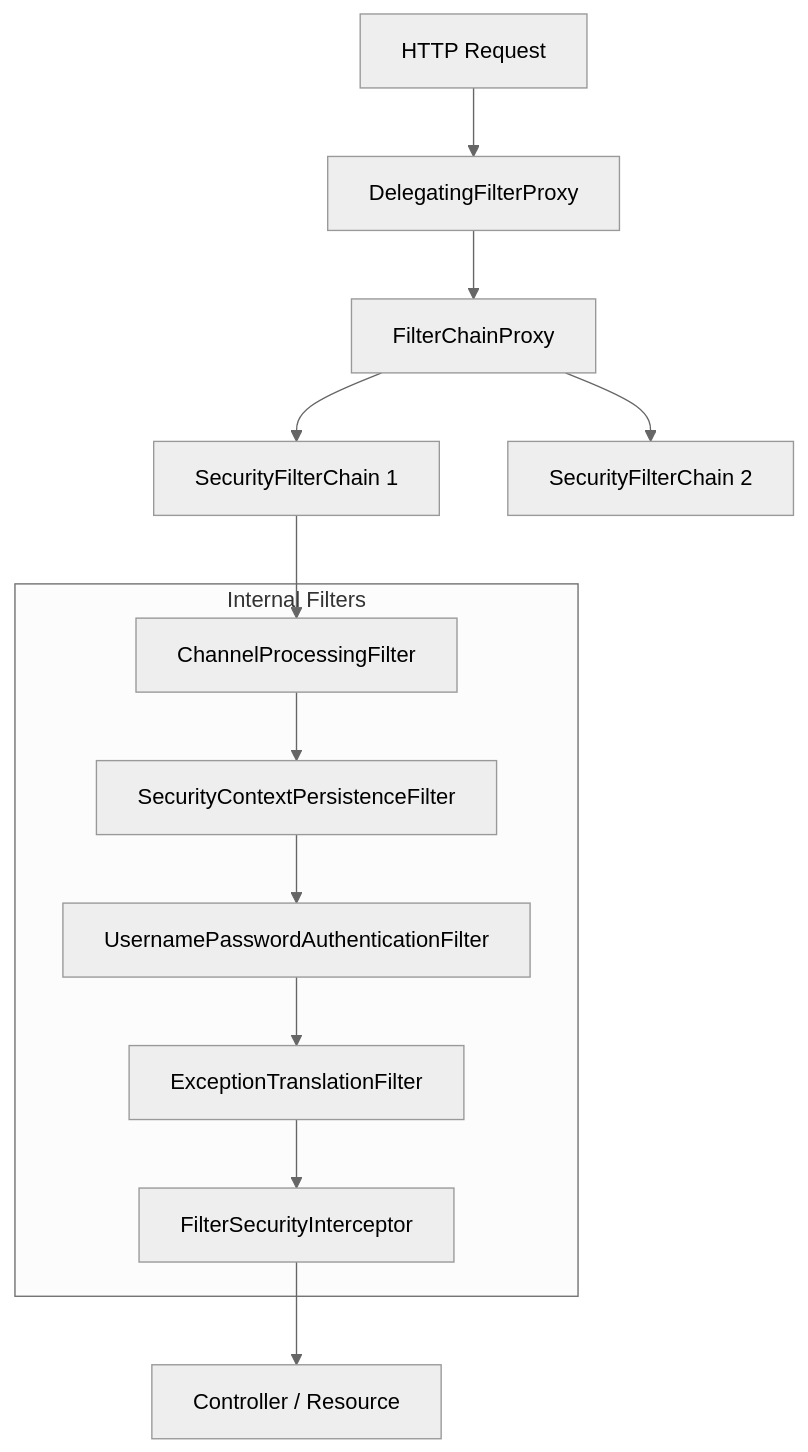
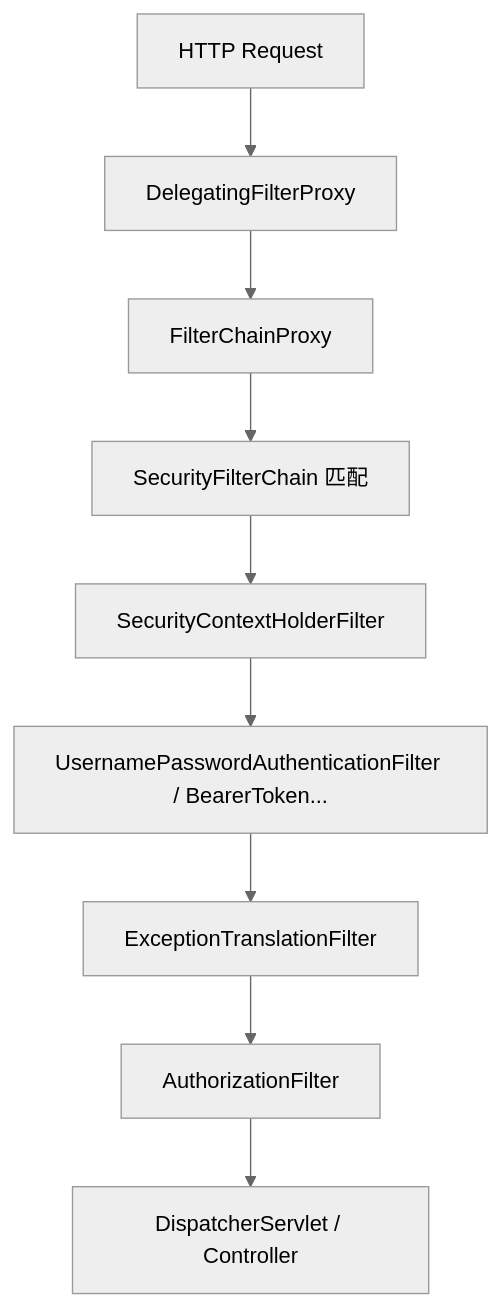
One commit to Aiden-Coding/AiDocs changed the first of 2 diagrams in docs/java/spring/28-spring-security-architecture.md. Above: the diagram before and after it, drawn with Mermaid (neutral theme). The commit also changed other lines of this file and 21 other files, not shown here.

````diff
--- a/docs/java/spring/28-spring-security-architecture.md
+++ b/docs/java/spring/28-spring-security-architecture.md
@@ -23,22 +17,11 @@
 ```mermaid
-graph TD
-    A[HTTP Request] --> B[DelegatingFilterProxy]
-    B --> C[FilterChainProxy]
-    C --> D[SecurityFilterChain 1]
-    C --> E[SecurityFilterChain 2]
-    
-    subgraph "Internal Filters"
-        F[ChannelProcessingFilter]
-        G[SecurityContextPersistenceFilter]
-        H[UsernamePasswordAuthenticationFilter]
-        I[ExceptionTranslationFilter]
-        J[FilterSecurityInterceptor]
-    end
-    
-    D --> F
-    F --> G
-    G --> H
-    H --> I
-    I --> J
-    J --> K[Controller / Resource]
+flowchart TD
+    R[HTTP Request] --> DFP[DelegatingFilterProxy]
+    DFP --> FCP[FilterChainProxy]
+    FCP --> SFC[SecurityFilterChain 匹配]
+    SFC --> F1[SecurityContextHolderFilter]
+    F1 --> F2[UsernamePasswordAuthenticationFilter / BearerToken...]
+    F2 --> F3[ExceptionTranslationFilter]
+    F3 --> F4[AuthorizationFilter]
+    F4 --> APP[DispatcherServlet / Controller]
 ```
````
